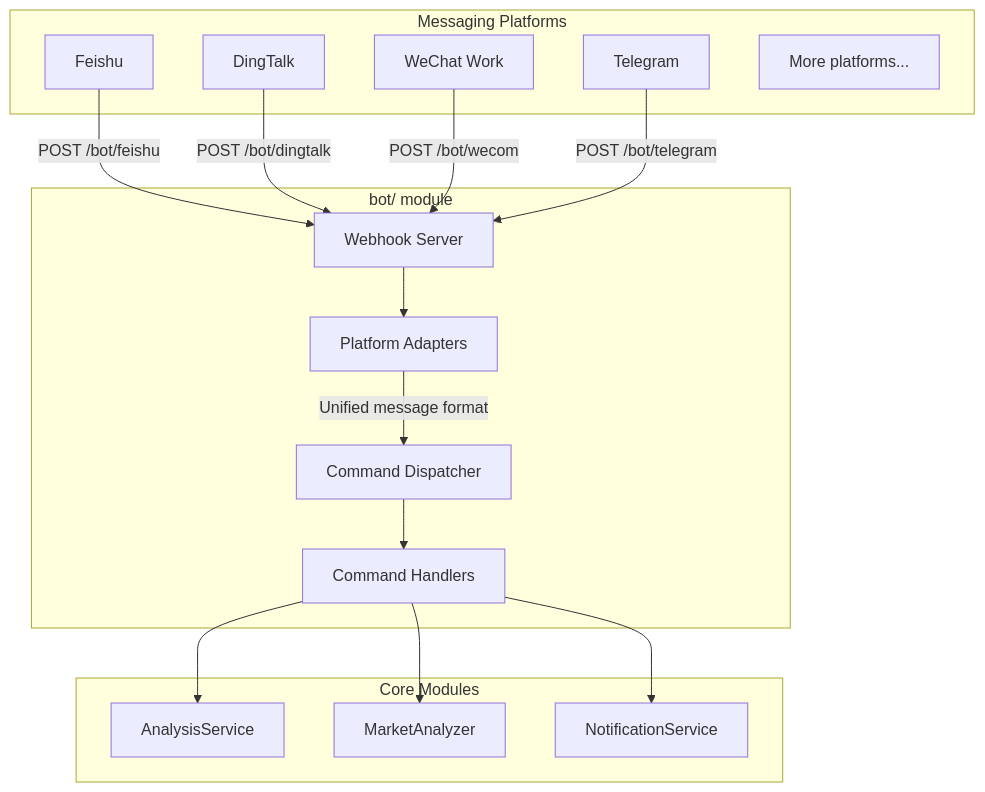
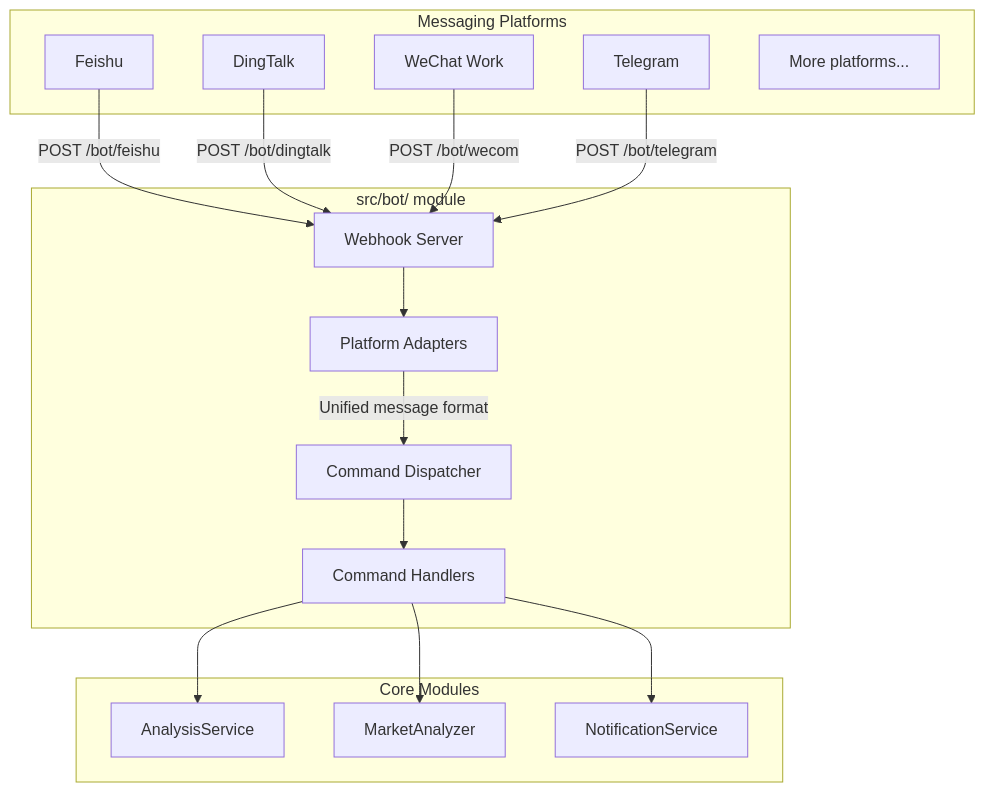
Before and after one commit to SiinXu/stock-pulse-ai: the diagram in docs/bot-command_EN.md, drawn with Mermaid. The commit also changed other lines of this file and 404 other files, not shown here.

````diff
--- a/docs/bot-command_EN.md
+++ b/docs/bot-command_EN.md
@@ -11,35 +11,35 @@
 ```mermaid
 flowchart TB
     subgraph Platforms [Messaging Platforms]
         FS[Feishu]
         DT[DingTalk]
         WC[WeChat Work]
         TG[Telegram]
         More[More platforms...]
     end
 
-    subgraph BotModule [bot/ module]
+    subgraph BotModule [src/bot/ module]
         WH[Webhook Server]
         Adapters[Platform Adapters]
         Dispatcher[Command Dispatcher]
         Commands[Command Handlers]
     end
 
     subgraph Core [Core Modules]
         AS[AnalysisService]
         MA[MarketAnalyzer]
         NS[NotificationService]
     end
 
     FS -->|POST /bot/feishu| WH
     DT -->|POST /bot/dingtalk| WH
     WC -->|POST /bot/wecom| WH
     TG -->|POST /bot/telegram| WH
 
     WH --> Adapters
     Adapters -->|Unified message format| Dispatcher
     Dispatcher --> Commands
     Commands --> AS
     Commands --> MA
     Commands --> NS
 ```
````
